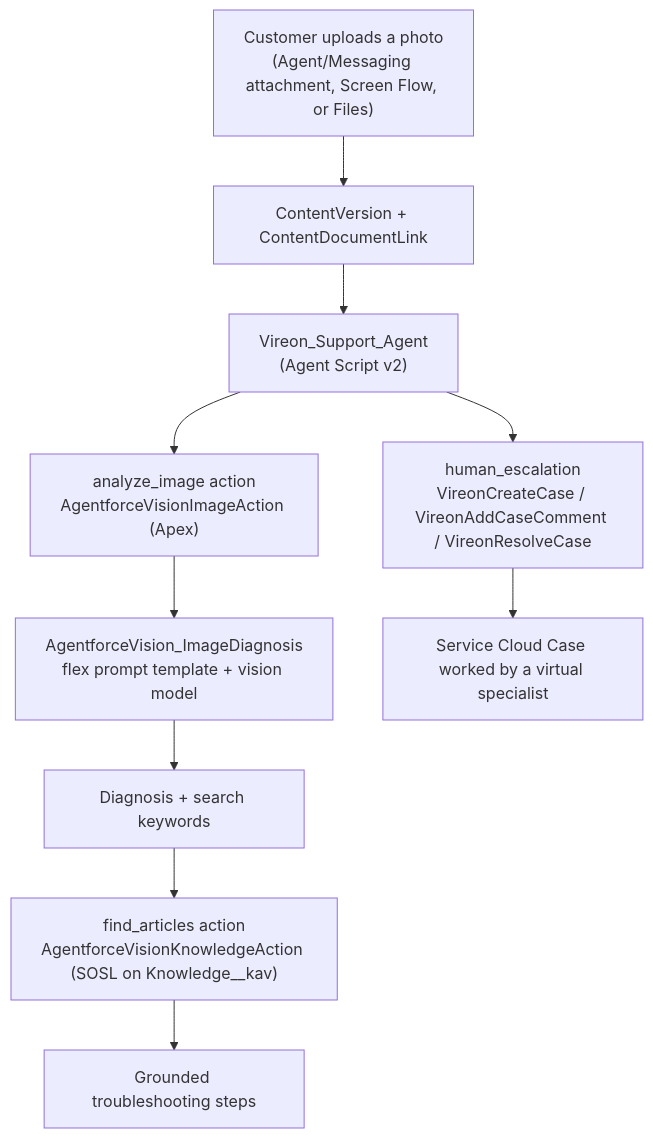
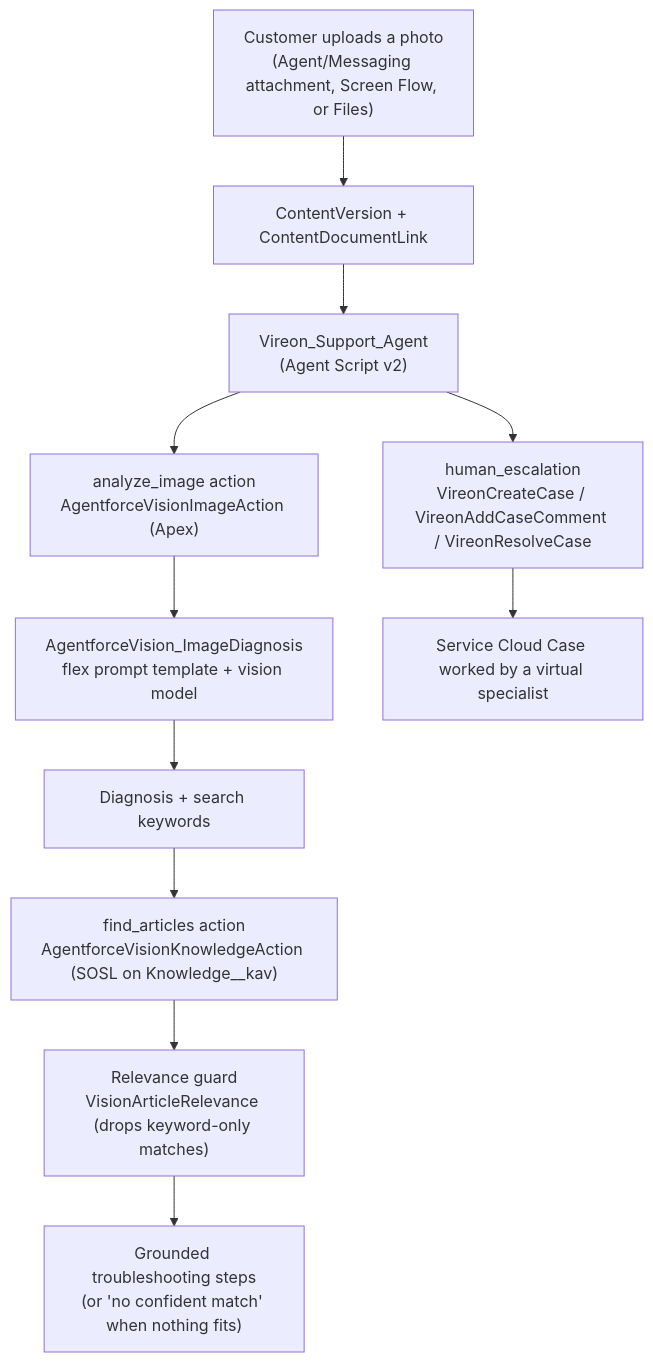
The diagram in README.md (sfdc-brendan/AgentforceVision), drawn with Mermaid before and after one commit. The commit also changed other lines of this file and 5 other files, not shown here.

First line of the commit message:
Add relevance guard so agent never grounds steps in an unrelated article

````diff
--- a/README.md
+++ b/README.md
@@ -80,12 +80,13 @@
 ```mermaid
 flowchart TD
     upload["Customer uploads a photo<br/>(Agent/Messaging attachment, Screen Flow, or Files)"] --> cv["ContentVersion + ContentDocumentLink"]
     cv --> agent["Vireon_Support_Agent<br/>(Agent Script v2)"]
     agent --> analyze["analyze_image action<br/>AgentforceVisionImageAction (Apex)"]
     analyze --> prompt["AgentforceVision_ImageDiagnosis<br/>flex prompt template + vision model"]
     prompt --> diag["Diagnosis + search keywords"]
     diag --> find["find_articles action<br/>AgentforceVisionKnowledgeAction (SOSL on Knowledge__kav)"]
-    find --> reply["Grounded troubleshooting steps"]
+    find --> guard["Relevance guard<br/>VisionArticleRelevance (drops keyword-only matches)"]
+    guard --> reply["Grounded troubleshooting steps<br/>(or 'no confident match' when nothing fits)"]
     agent --> esc["human_escalation<br/>VireonCreateCase / VireonAddCaseComment / VireonResolveCase"]
     esc --> case["Service Cloud Case worked by a virtual specialist"]
 ```
````
